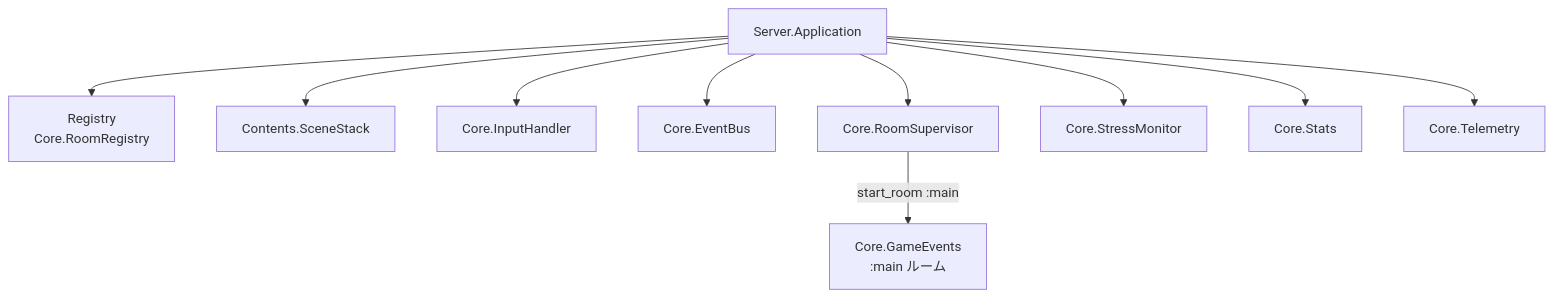
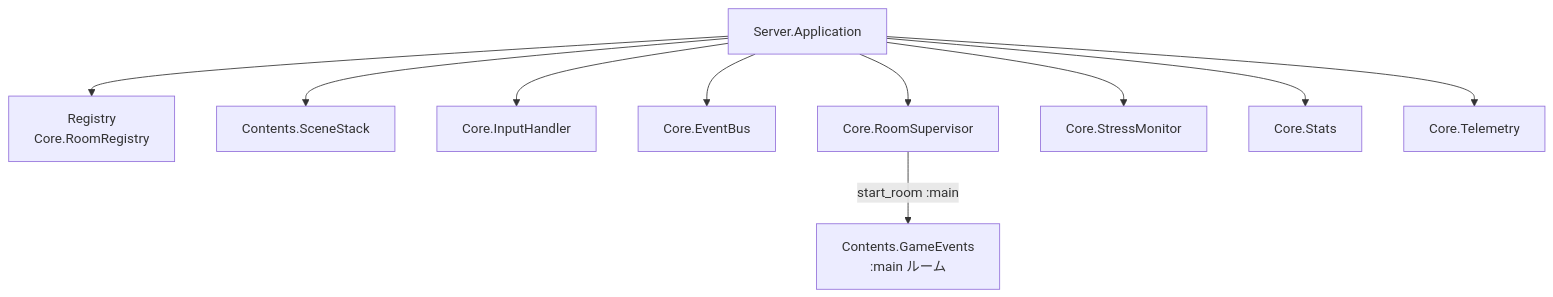
One commit to FRICK-ELDY/alchemy-engine changed the second of 5 diagrams in docs/elixir-layer.md. Above: the diagram before and after it, drawn with Mermaid. The commit also changed other lines of this file and 8 other files, not shown here.

Commit message:
refactor: migrate GameEvents to contents and update docs

````diff
--- a/docs/elixir-layer.md
+++ b/docs/elixir-layer.md
@@ -31,23 +31,23 @@
 ```mermaid
 graph TD
     APP[Server.Application]
     REG[Registry<br/>Core.RoomRegistry]
     SS[Contents.SceneStack]
     IH[Core.InputHandler]
     EB[Core.EventBus]
     RS[Core.RoomSupervisor]
-    GEV[Core.GameEvents<br/>:main ルーム]
+    GEV[Contents.GameEvents<br/>:main ルーム]
     MON[Core.StressMonitor]
     STATS[Core.Stats]
     TEL[Core.Telemetry]
 
     APP --> REG
     APP --> SS
     APP --> IH
     APP --> EB
     APP --> RS
     RS -->|start_room :main| GEV
     APP --> MON
     APP --> STATS
     APP --> TEL
 ```
````
